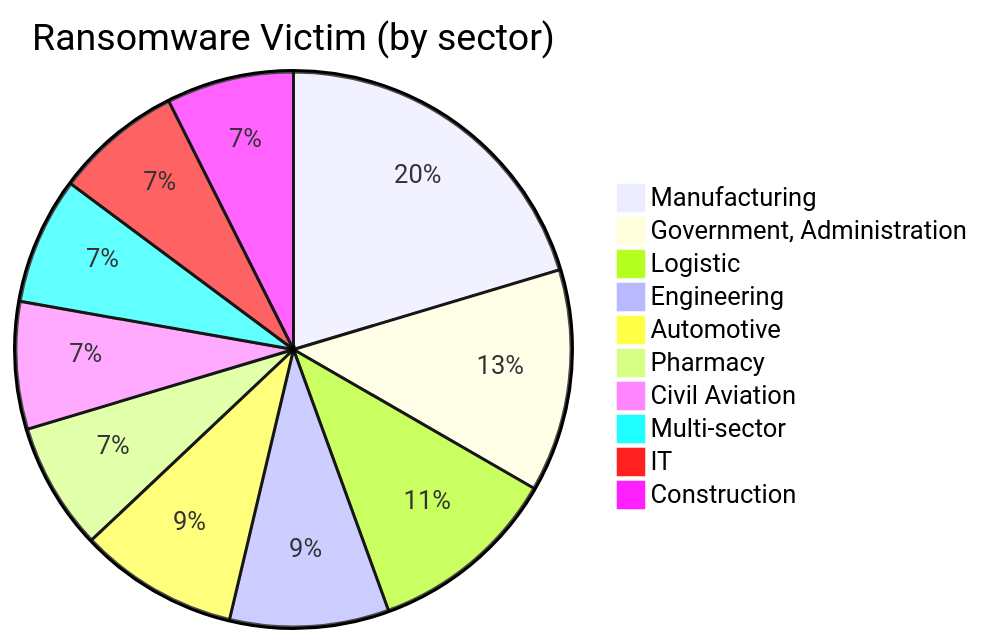
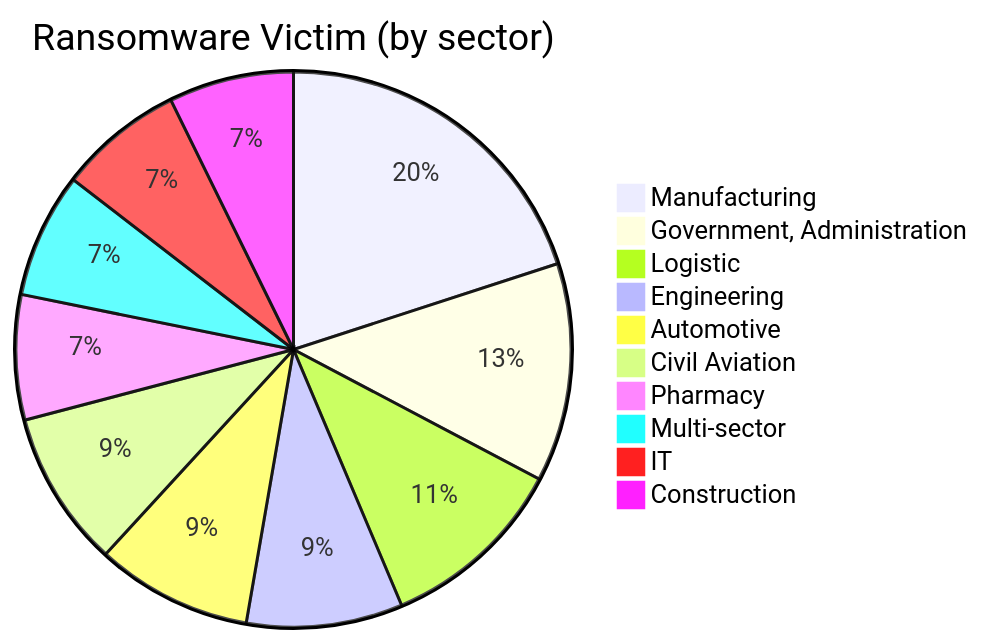
The second of 2 diagrams in content/MY Threat Landscape/ransomware.md (rectifyq/site), drawn with Mermaid before and after one commit. The commit also changed other lines of this file, not shown here.

````diff
--- a/content/MY Threat Landscape/ransomware.md
+++ b/content/MY Threat Landscape/ransomware.md
@@ -126,13 +127,13 @@
 ```mermaid
 pie title Ransomware Victim (by sector)
     "Manufacturing" : 11
     "Government, Administration" : 7
     "Logistic" : 6
     "Engineering" : 5
     "Automotive" : 5
+    "Civil Aviation" : 5
     "Pharmacy" : 4
-    "Civil Aviation" : 4
     "Multi-sector" : 4
     "IT" : 4
     "Construction" : 4
 ```
````
